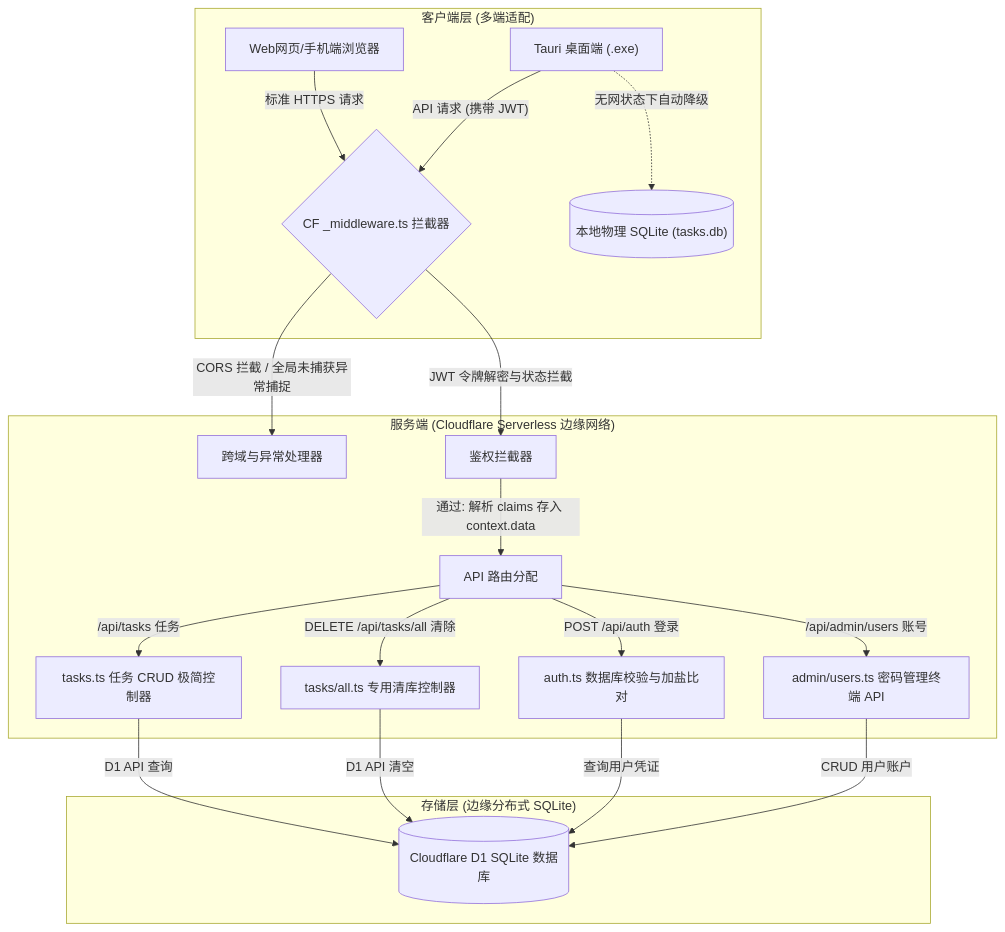
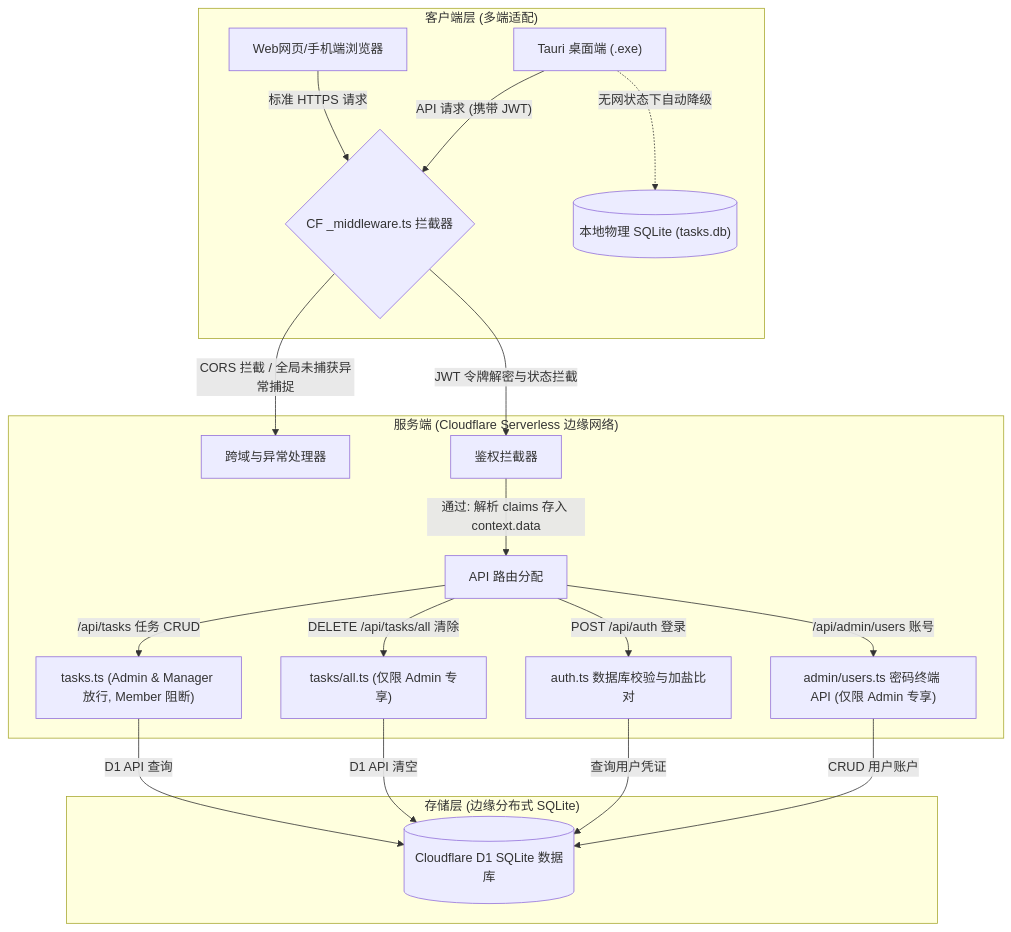
Before and after one commit to minxzhang18379-stack/A-task-fee-statistics: the diagram in README.md, drawn with Mermaid. The commit also changed other lines of this file, not shown here.

````diff
--- a/README.md
+++ b/README.md
@@ -44,28 +49,28 @@
 ```mermaid
 graph TD
     subgraph ClientLayer ["客户端层 (多端适配)"]
         WebClient["Web网页/手机端浏览器"] -->|"标准 HTTPS 请求"| CF_Gateway
         TauriClient["Tauri 桌面端 (.exe)"] -->|"API 请求 (携带 JWT)"| CF_Gateway
         TauriClient -.->|"无网状态下自动降级"| LocalSQLite[("本地物理 SQLite (tasks.db)")]
     end
 
     subgraph ServerLayer ["服务端 (Cloudflare Serverless 边缘网络)"]
         CF_Gateway{"CF _middleware.ts 拦截器"}
         CF_Gateway -->|"CORS 拦截 / 全局未捕获异常捕捉"| CORS_Gate["跨域与异常处理器"]
         CF_Gateway -->|"JWT 令牌解密与状态拦截"| Auth_Gate["鉴权拦截器"]
         
         Auth_Gate -->|"通过: 解析 claims 存入 context.data"| Route_API["API 路由分配"]
         
         Route_API -->|"POST /api/auth 登录"| Auth_API["auth.ts 数据库校验与加盐比对"]
-        Route_API -->|"/api/tasks 任务"| Task_API["tasks.ts 任务 CRUD 极简控制器"]
-        Route_API -->|"DELETE /api/tasks/all 清除"| Clear_API["tasks/all.ts 专用清库控制器"]
-        Route_API -->|"/api/admin/users 账号"| Admin_API["admin/users.ts 密码管理终端 API"]
+        Route_API -->|"/api/tasks 任务 CRUD"| Task_API["tasks.ts (Admin & Manager 放行, Member 阻断)"]
+        Route_API -->|"DELETE /api/tasks/all 清除"| Clear_API["tasks/all.ts (仅限 Admin 专享)"]
+        Route_API -->|"/api/admin/users 账号"| Admin_API["admin/users.ts 密码终端 API (仅限 Admin 专享)"]
     end
 
     subgraph StorageLayer ["存储层 (边缘分布式 SQLite)"]
         Task_API -->|"D1 API 查询"| D1[("Cloudflare D1 SQLite 数据库")]
         Clear_API -->|"D1 API 清空"| D1
         Auth_API -->|"查询用户凭证"| D1
         Admin_API -->|"CRUD 用户账户"| D1
     end
 ```
````
